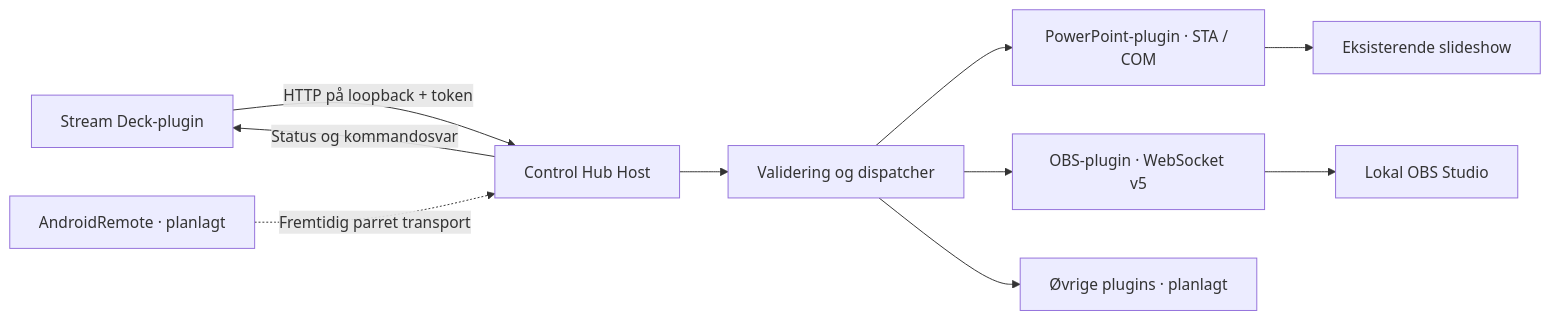
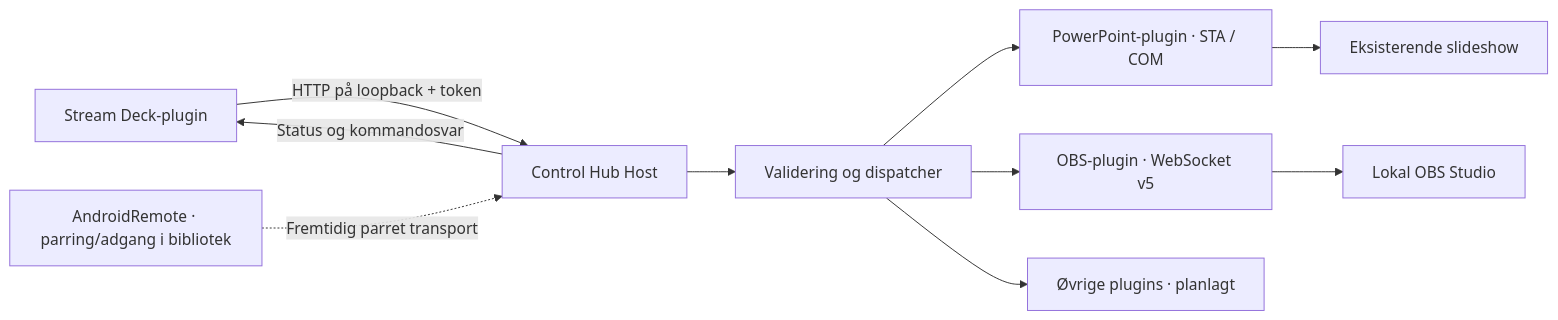
The diagram in docs/project.da.md (thebonden/Control_Hub), drawn with Mermaid before and after one commit. The commit also changed other lines of this file and 29 other files, not shown here.

Commit message:
Add AndroidRemote pairing and device authorization / Tilføj AndroidRemote-parring og enhedsadgang

````diff
--- a/docs/project.da.md
+++ b/docs/project.da.md
@@ -25,12 +25,12 @@
 ```mermaid
 flowchart LR
     SD["Stream Deck-plugin"] -->|"HTTP på loopback + token"| H["Control Hub Host"]
-    AR["AndroidRemote · planlagt"] -.->|"Fremtidig parret transport"| H
+    AR["AndroidRemote · parring/adgang i bibliotek"] -.->|"Fremtidig parret transport"| H
     H --> C["Validering og dispatcher"]
     C --> P["PowerPoint-plugin · STA / COM"]
     C --> O["OBS-plugin · WebSocket v5"]
     C --> X["Øvrige plugins · planlagt"]
     P --> PP["Eksisterende slideshow"]
     O --> OBS["Lokal OBS Studio"]
     H -->|"Status og kommandosvar"| SD
 ```
````
